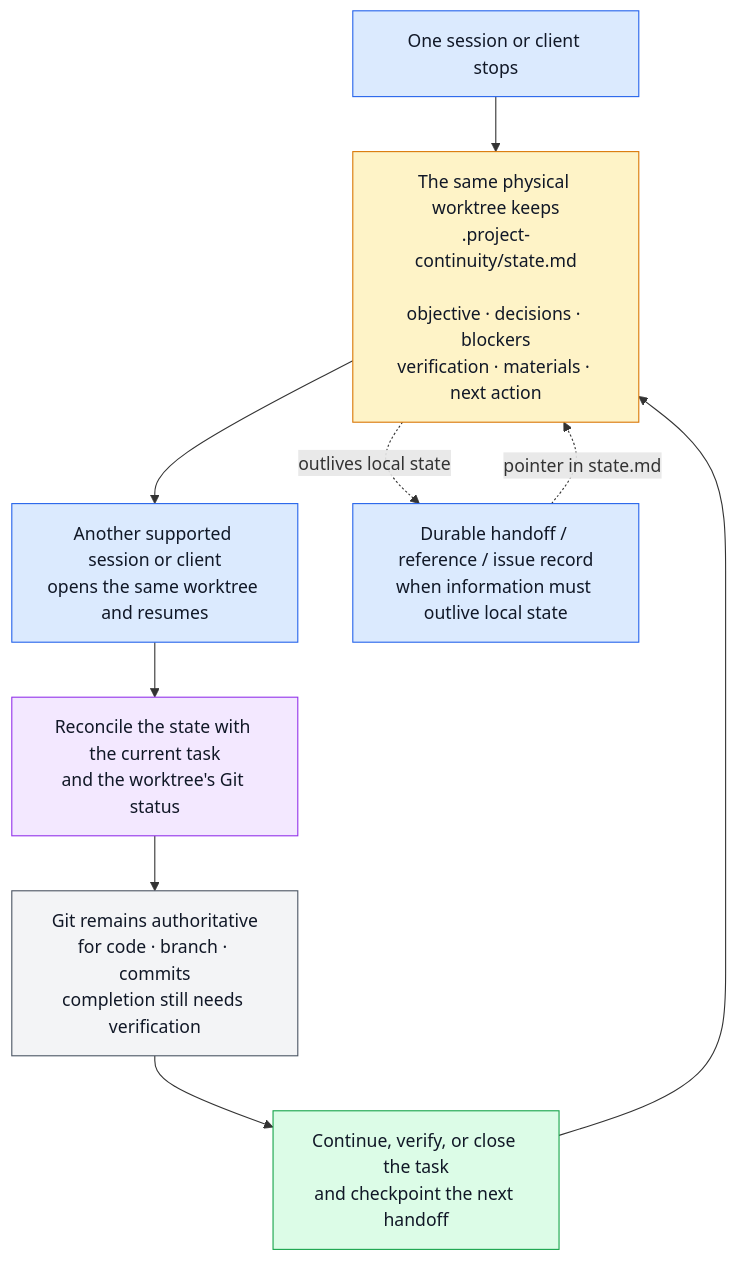
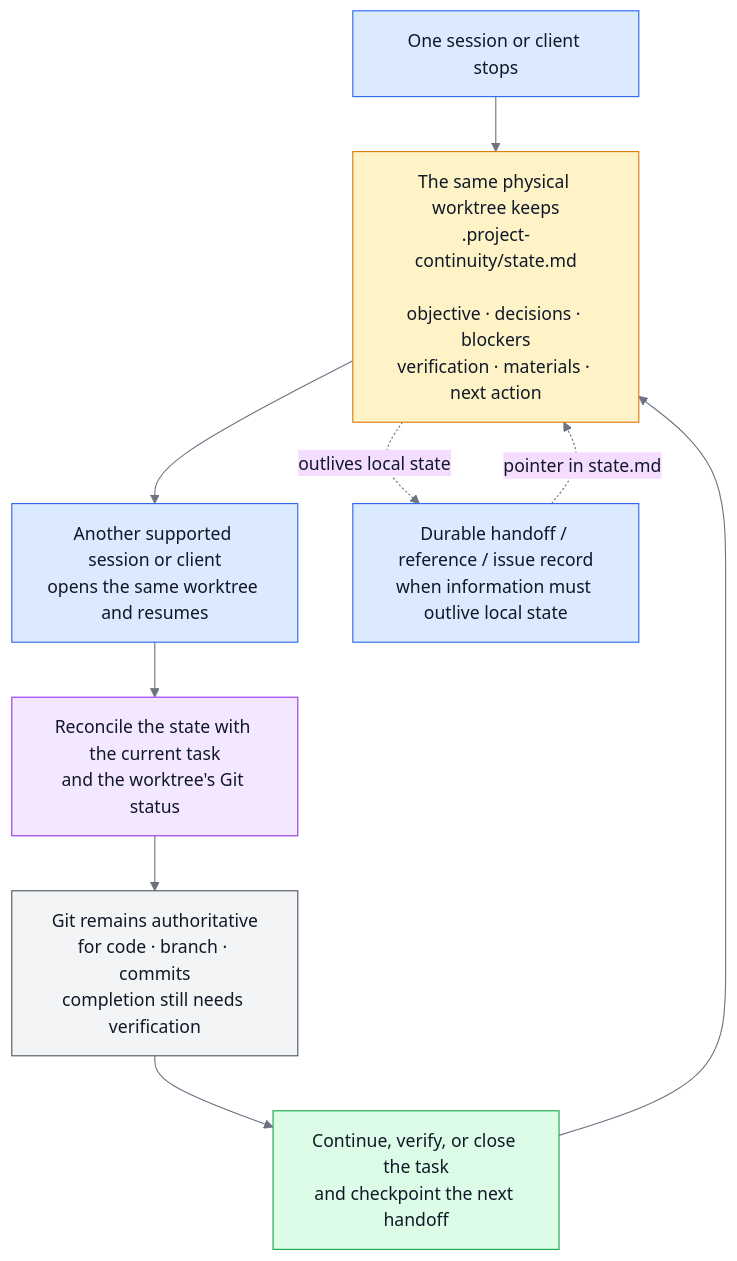
One commit to sherrilla71940/personal-agentic-dev-environment changed the third of 4 diagrams in README.md. Above: the diagram before and after it, drawn with Mermaid. The commit also changed other lines of this file and 23 other files, not shown here.

````diff
--- a/README.md
+++ b/README.md
@@ -183,20 +192,28 @@
 ```mermaid
+%%{init: {"theme": "base", "themeVariables": {"primaryTextColor": "#111827", "nodeTextColor": "#111827", "textColor": "#111827", "lineColor": "#6b7280"}, "flowchart": {"useMaxWidth": true}}}%%
 flowchart TD
     stop["One session or client stops"]:::handoff
     persist["The same physical worktree keeps<br/>.project-continuity/state.md<br/><br/>objective · decisions · blockers<br/>verification · materials · next action"]:::state
     resume["Another supported session or client<br/>opens the same worktree and resumes"]:::handoff
     reconcile["Reconcile the state with the current task<br/>and the worktree's Git status"]:::check
     git["Git remains authoritative<br/>for code · branch · commits<br/>completion still needs verification"]:::authority
     continue["Continue, verify, or close the task<br/>and checkpoint the next handoff"]:::work
     durable["Durable handoff / reference / issue record<br/>when information must outlive local state"]:::handoff
 
     stop --> persist --> resume --> reconcile --> git --> continue --> persist
     persist -. "outlives local state" .-> durable
     durable -. "pointer in state.md" .-> persist
 
     classDef handoff fill:#dbeafe,stroke:#2563eb,color:#111827
     classDef state fill:#fef3c7,stroke:#d97706,color:#111827
     classDef check fill:#f3e8ff,stroke:#9333ea,color:#111827
     classDef authority fill:#f3f4f6,stroke:#4b5563,color:#111827
     classDef work fill:#dcfce7,stroke:#16a34a,color:#111827
+    style stop color:#111827
+    style persist color:#111827
+    style resume color:#111827
+    style reconcile color:#111827
+    style git color:#111827
+    style continue color:#111827
+    style durable color:#111827
 ```
````
